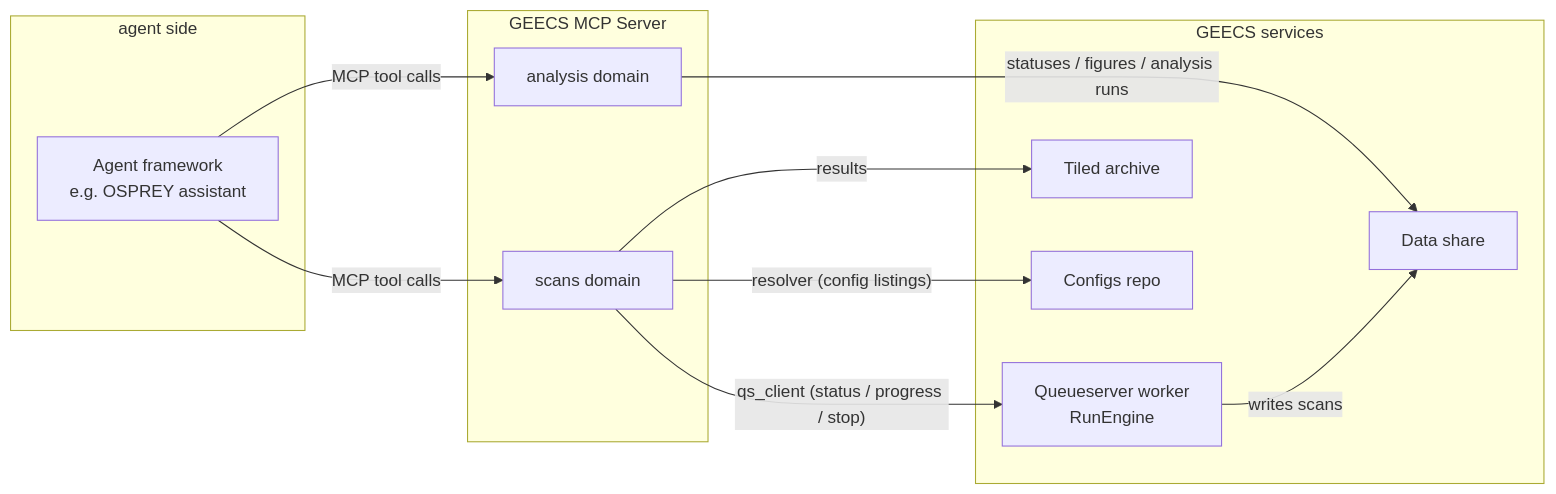
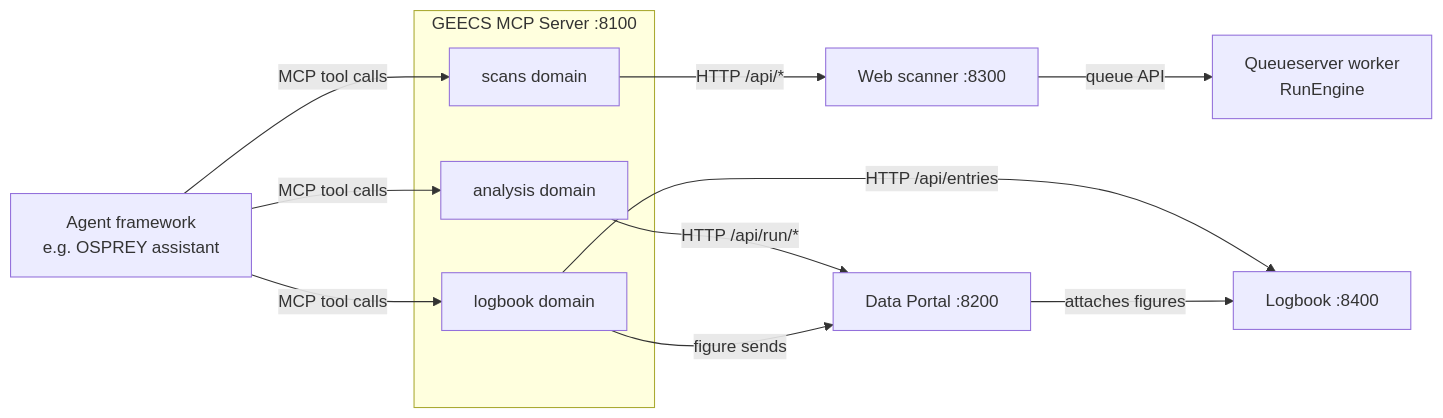
One commit to GEECS-BELLA/GEECS-Plugins changed the diagram in docs/geecs_mcp/overview.md. Above: the diagram before and after it, drawn with Mermaid. The commit also changed other lines of this file and 10 other files, not shown here.

First line of the commit message:
Docs: the GEECS-MCP pages describe the thin client as built

````diff
--- a/docs/geecs_mcp/overview.md
+++ b/docs/geecs_mcp/overview.md
@@ -68,23 +66,22 @@
 ```mermaid
 flowchart LR
-    subgraph agent side
-        O[Agent framework<br/>e.g. OSPREY assistant]
-    end
-    subgraph geecs-mcp [GEECS MCP Server]
+    O[Agent framework<br/>e.g. OSPREY assistant]
+    subgraph geecs-mcp [GEECS MCP Server :8100]
         S[scans domain]
         A[analysis domain]
+        L[logbook domain]
     end
-    subgraph services [GEECS services]
-        Q[Queueserver worker<br/>RunEngine]
-        T[Tiled archive]
-        C[Configs repo]
-        D[Data share]
-    end
+    SC[Web scanner :8300]
+    P[Data Portal :8200]
+    LB[Logbook :8400]
+    Q[Queueserver worker<br/>RunEngine]
     O -- "MCP tool calls" --> S
     O -- "MCP tool calls" --> A
-    S -- "qs_client (status / progress / stop)" --> Q
-    S -- "resolver (config listings)" --> C
-    S -- "results" --> T
-    A -- "statuses / figures / analysis runs" --> D
-    Q -- "writes scans" --> D
+    O -- "MCP tool calls" --> L
+    S -- "HTTP /api/*" --> SC
+    A -- "HTTP /api/run/*" --> P
+    L -- "HTTP /api/entries" --> LB
+    L -- "figure sends" --> P
+    P -- "attaches figures" --> LB
+    SC -- "queue API" --> Q
 ```
````
